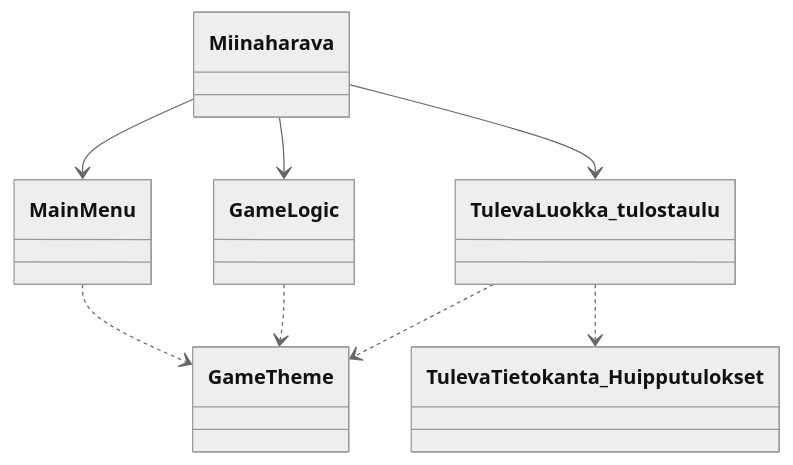
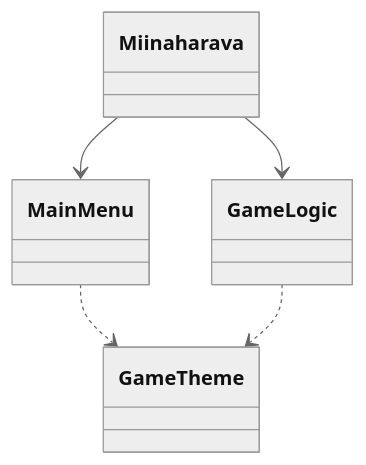
Before and after one commit to EliasTHelsinginYliopisto/ot-harjoitustyo: the first of 2 diagrams in Projekti_miinaharava/Dokumentaatio/arkkitehtuurikuvaus.md, drawn with Mermaid (neutral theme). The commit also changed other lines of this file and 9 other files, not shown here.

````diff
--- a/Projekti_miinaharava/Dokumentaatio/arkkitehtuurikuvaus.md
+++ b/Projekti_miinaharava/Dokumentaatio/arkkitehtuurikuvaus.md
@@ -5,14 +5,11 @@
 ```mermaid
 classDiagram
     class Miinaharava
     class MainMenu
     class GameTheme
 
     Miinaharava --> MainMenu
     MainMenu ..> GameTheme
     Miinaharava --> GameLogic
     GameLogic ..> GameTheme
-    TulevaLuokka_tulostaulu ..> GameTheme
-    TulevaLuokka_tulostaulu ..> TulevaTietokanta_Huipputulokset
-    Miinaharava --> TulevaLuokka_tulostaulu
 ```
````
